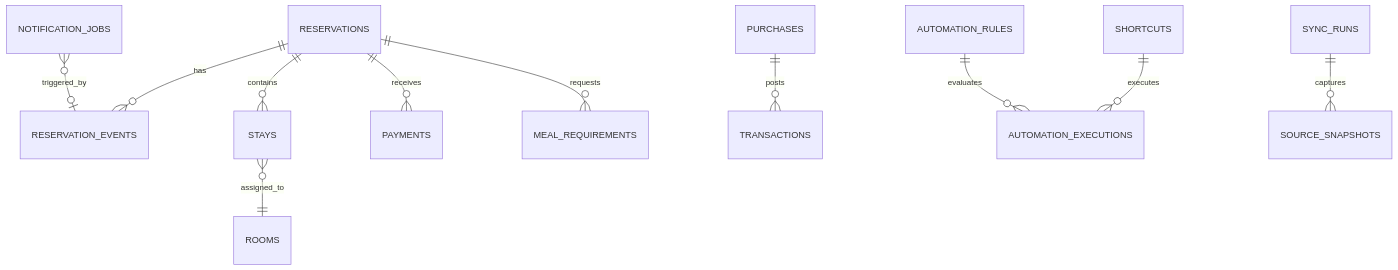
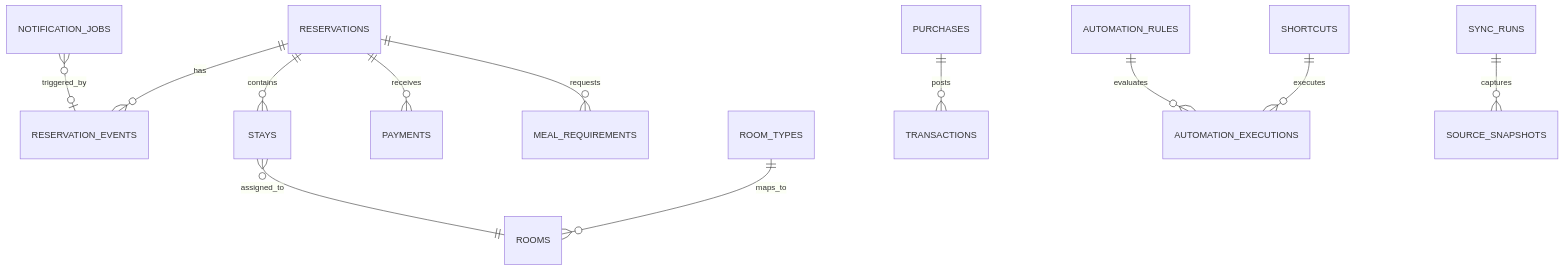
One commit to sugarcubetw/AI-CFO changed the diagram in docs/Operations_Data_Model.md. Above: the diagram before and after it, drawn with Mermaid. The commit also changed other lines of this file and 3 other files, not shown here.

````diff
--- a/docs/Operations_Data_Model.md
+++ b/docs/Operations_Data_Model.md
@@ -9,13 +9,14 @@
 ```mermaid
 erDiagram
     RESERVATIONS ||--o{ RESERVATION_EVENTS : has
     RESERVATIONS ||--o{ STAYS : contains
     RESERVATIONS ||--o{ PAYMENTS : receives
     RESERVATIONS ||--o{ MEAL_REQUIREMENTS : requests
     STAYS }o--|| ROOMS : assigned_to
+    ROOM_TYPES ||--o{ ROOMS : maps_to
     PURCHASES ||--o{ TRANSACTIONS : posts
     NOTIFICATION_JOBS }o--o| RESERVATION_EVENTS : triggered_by
     AUTOMATION_RULES ||--o{ AUTOMATION_EXECUTIONS : evaluates
     SHORTCUTS ||--o{ AUTOMATION_EXECUTIONS : executes
     SYNC_RUNS ||--o{ SOURCE_SNAPSHOTS : captures
 ```
````
